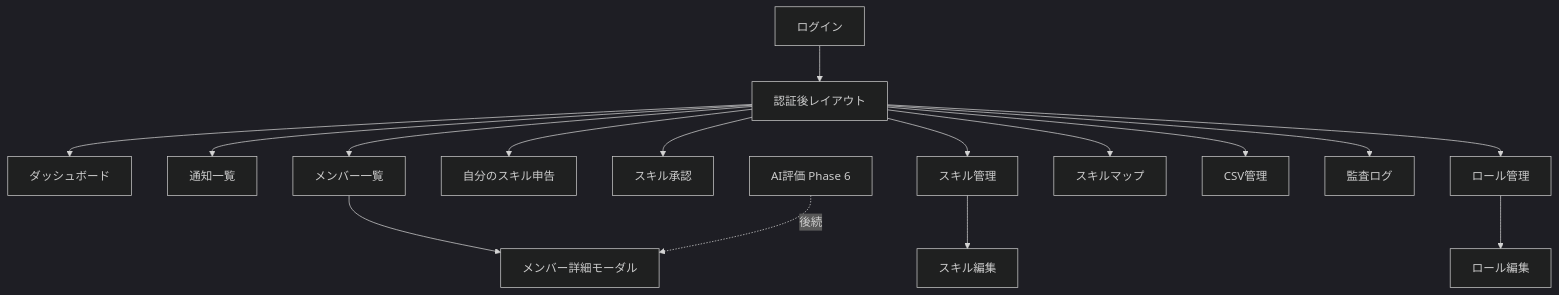
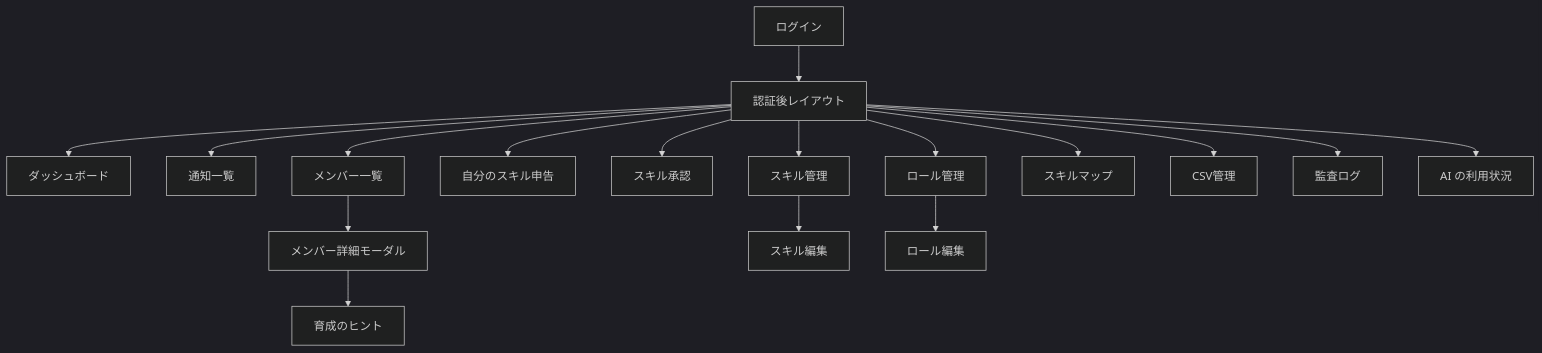
The first of 5 diagrams in docs/SCREEN_AND_FLOW.md (yoshiki-mizuho/Beijing-Talentmanegement), drawn with Mermaid (dark theme) before and after one commit. The commit also changed other lines of this file and 7 other files, not shown here.

````diff
--- a/docs/SCREEN_AND_FLOW.md
+++ b/docs/SCREEN_AND_FLOW.md
@@ -33,18 +34,19 @@
 ```mermaid
 flowchart TD
   Login[ログイン] --> App[認証後レイアウト]
   App --> Dashboard[ダッシュボード]
   App --> Notifications[通知一覧]
   App --> Members[メンバー一覧]
   Members --> MemberDetail[メンバー詳細モーダル]
   App --> MySkills[自分のスキル申告]
   App --> SkillApprovals[スキル承認]
   App --> Skills[スキル管理]
   Skills --> SkillEdit[スキル編集]
   App --> Roles[ロール管理]
   Roles --> RoleEdit[ロール編集]
   App --> SkillMap[スキルマップ]
   App --> Csv[CSV管理]
   App --> Audit[監査ログ]
-  Ai[AI評価 Phase 6] -. 後続 .-> MemberDetail
+  MemberDetail --> GrowthHints[育成のヒント]
+  App --> AiUsage[AI の利用状況]
 ```
````
